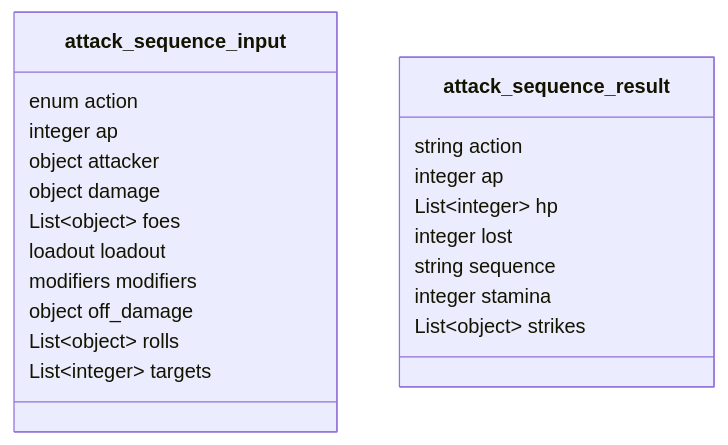
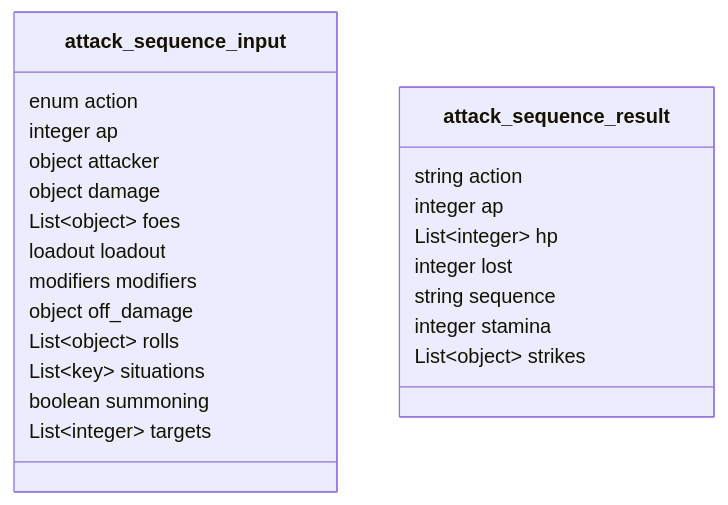
One commit to SETA1609/riftweave-core changed the fourth of 27 diagrams in docs/backend/contract-diagram.md. Above: the diagram before and after it, drawn with Mermaid. The commit also changed other lines of this file and 7 other files, not shown here.

````diff
--- a/docs/backend/contract-diagram.md
+++ b/docs/backend/contract-diagram.md
@@ -152,24 +152,26 @@
 ```mermaid
 classDiagram
     class attack_sequence_input {
         enum action
         integer ap
         object attacker
         object damage
         List~object~ foes
         loadout loadout
         modifiers modifiers
         object off_damage
         List~object~ rolls
+        List~key~ situations
+        boolean summoning
         List~integer~ targets
     }
     class attack_sequence_result {
         string action
         integer ap
         List~integer~ hp
         integer lost
         string sequence
         integer stamina
         List~object~ strikes
     }
 ```
````
